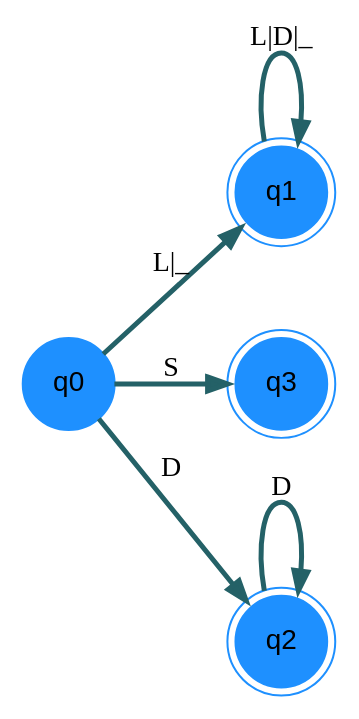
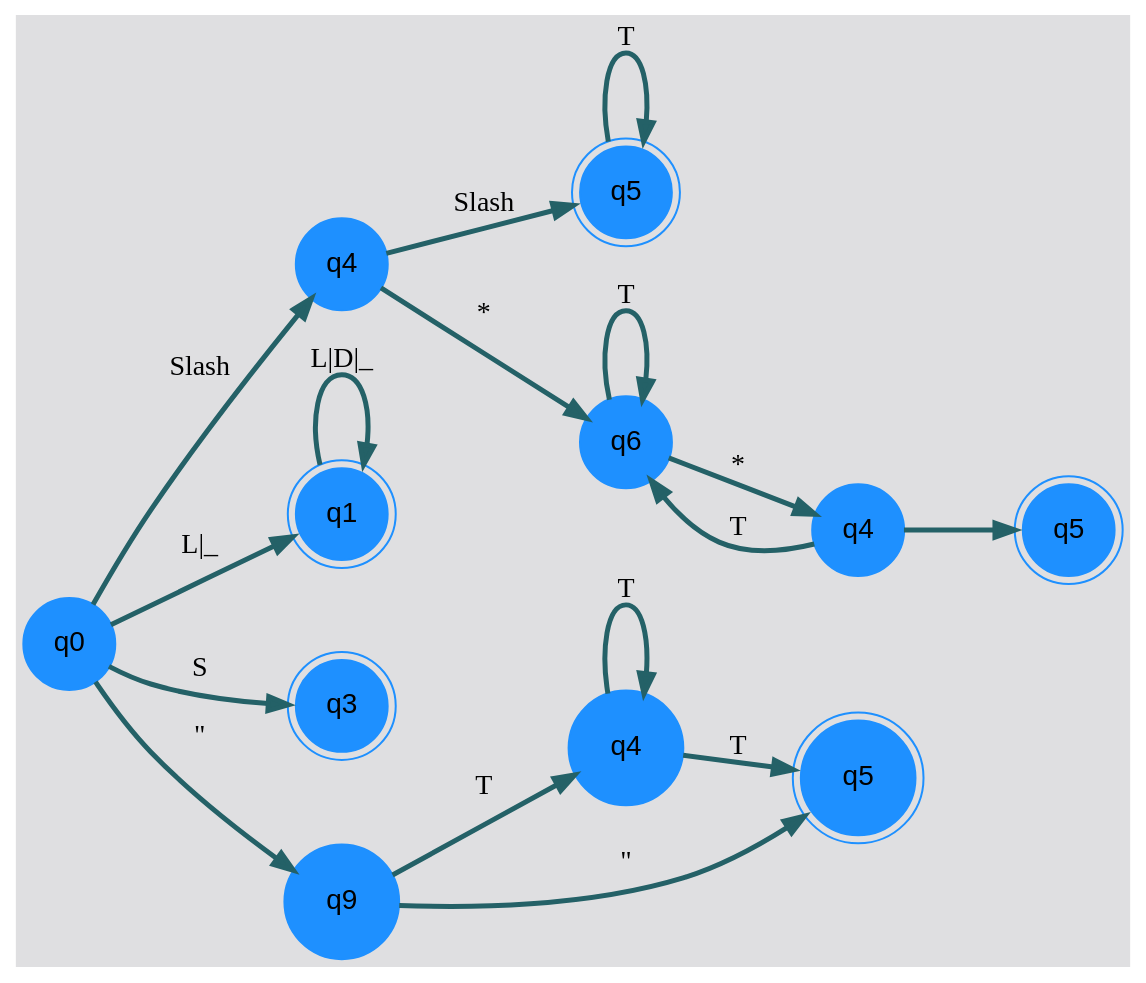
One commit to hr9457/OLC1_Proyecto1_201314296 changed the diagram in ReporteGrafico/grafo.dot. Above: the diagram before and after it, drawn with Graphviz. The commit also changed 11 other files, not shown here.

```diff
--- a/ReporteGrafico/grafo.dot
+++ b/ReporteGrafico/grafo.dot
@@ -1,15 +1,34 @@
 digraph automa {
 nodesep=0.6;
 rankdir=LR;
+bgcolor = "#DFDFE1";
 node [shape = circle, color=dodgerblue,style=filled,fontname ="helvetica"];
 edge[penwidth=2.5, color="#246167"]
 nodoRaiz[label="q0"];
+nodoSlash [shape=circle, label="q4"];
+nodoTodillo [shape=doublecircle, label="q5"];
+nodoRaiz->nodoSlash [label=" Slash\ "];
+nodoSlash->nodoTodillo [label=" Slash\ "];
+nodoTodillo->nodoTodillo [label=" T "];
+nodoAsterisco [shape=circle, label="q6"];
+nodoAsterisco2 [shape=circle, label="q4"];
+nodoSlashFinal [shape=doublecircle, label="q5"];
+nodoSlash->nodoAsterisco [label=" * "];
+nodoAsterisco->nodoAsterisco [label=" T "];
+nodoAsterisco->nodoAsterisco2 [label=" * "];
+nodoAsterisco2->nodoAsterisco [label=" T "];
+nodoAsterisco2->nodoSlashFinal [label=" \ "]; 
 nodoLetra[shape=doublecircle,label="q1"];
 nodoRaiz->nodoLetra[label="L|_"];
 nodoLetra->nodoLetra[label="L|D|_"];
 nodoSimbolo [shape=doublecircle, label="q3"];
 nodoRaiz->nodoSimbolo[label="S"];
-nodoDigito[shape=doublecircle,label="q2"];
-nodoRaiz->nodoDigito[label="D"];
-nodoDigito->nodoDigito[label="D"];
+nodoComilla1 [shape=circle, label=" q9 "];
+nodoT [shape=circle, label=" q4 "];
+nodoComilla2 [shape=doublecircle, label=" q5 "];
+nodoRaiz->nodoComilla1 [label=" \" "];
+nodoComilla1->nodoT [label=" T "];
+nodoT->nodoT [label=" T "];
+nodoT->nodoComilla2 [label=" T "];
+nodoComilla1->nodoComilla2 [label=" \" "]; 
 }
```
